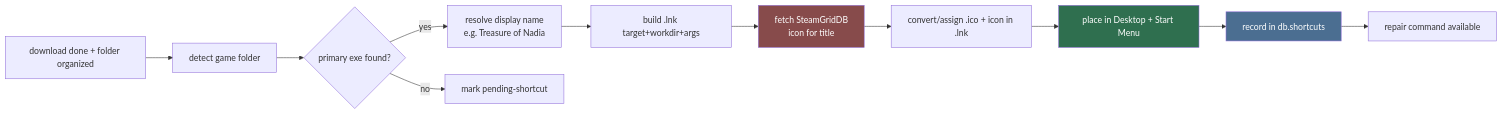
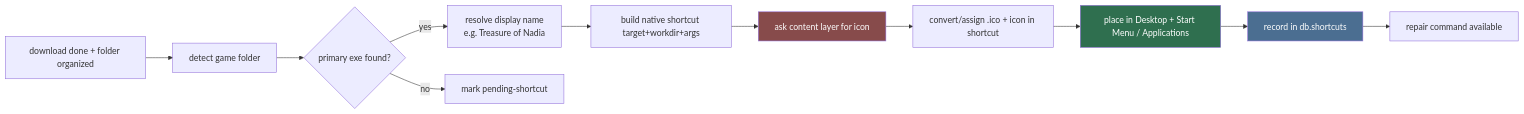
The diagram in .agents/agents/shortcuts/shortcuts.md (HELIX-Origin/LewdZone-Launcher), drawn with Mermaid before and after one commit. The commit also changed other lines of this file and 24 other files, not shown here.

First line of the commit message:
📝 docs(content): add provider layer for game info, art, and icons

````diff
--- a/.agents/agents/shortcuts/shortcuts.md
+++ b/.agents/agents/shortcuts/shortcuts.md
@@ -29,17 +31,17 @@
 ```mermaid
 flowchart LR
     A[download done + folder organized] --> B[detect game folder]
     B --> C{primary exe found?}
     C -- yes --> D[resolve display name<br/>e.g. Treasure of Nadia]
     C -- no --> E[mark pending-shortcut]
-    D --> F[build .lnk target+workdir+args]
-    F --> G[fetch SteamGridDB<br/>icon for title]
-    G --> H[convert/assign .ico + icon in .lnk]
-    H --> I[place in Desktop + Start Menu]
+    D --> F[build native shortcut target+workdir+args]
+    F --> G[ask content layer for icon]
+    G --> H[convert/assign .ico + icon in shortcut]
+    H --> I[place in Desktop + Start Menu / Applications]
     I --> J[record in db.shortcuts]
     J --> K[repair command available]
 
     style G fill:#874b4b,color:#fff
     style I fill:#2f6f4f,color:#fff
     style J fill:#4b6e91,color:#fff
 ```
````
